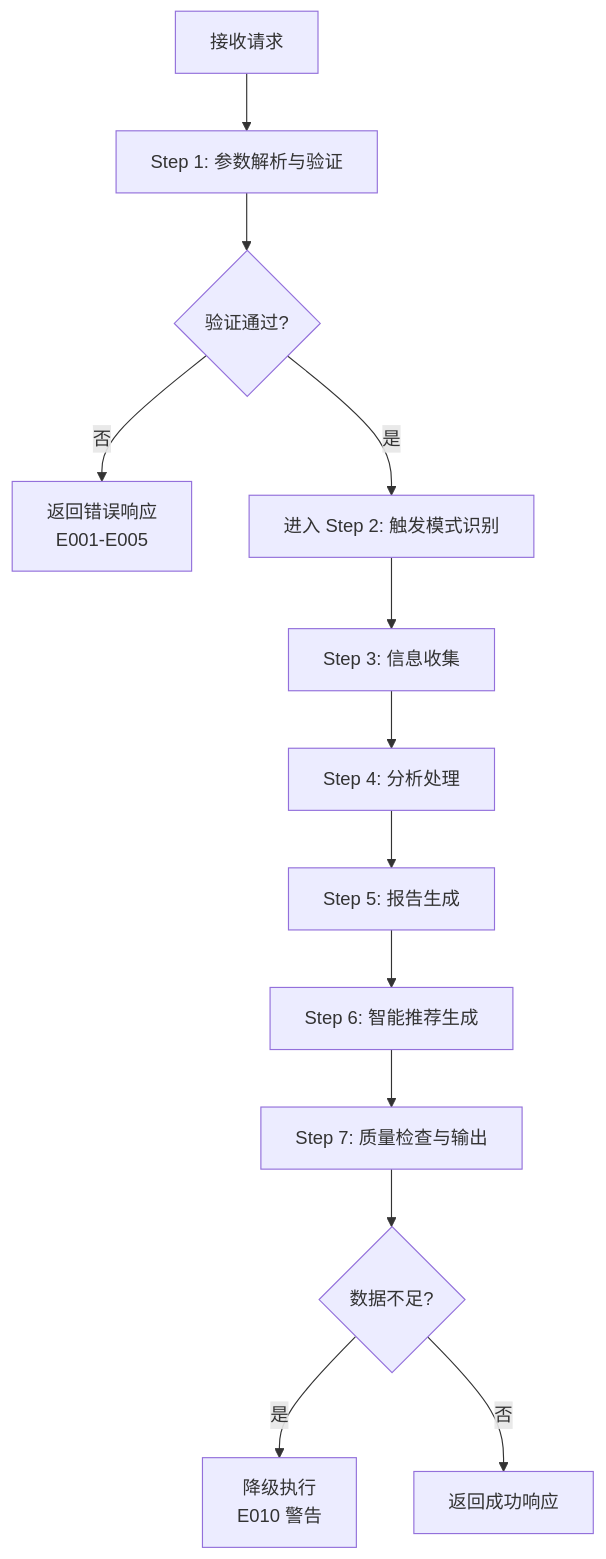
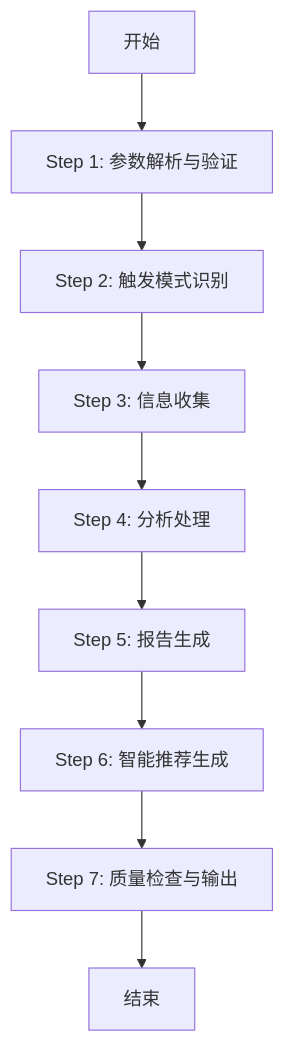
The second of 4 diagrams in .qoder/repowiki/zh/content/快速开始.md (daoAgents/task-execution-summary), drawn with Mermaid before and after one commit. The commit also changed other lines of this file and 33 other files, not shown here.

````diff
--- a/.qoder/repowiki/zh/content/快速开始.md
+++ b/.qoder/repowiki/zh/content/快速开始.md
@@ -82,15 +72,11 @@
 ```mermaid
 flowchart TD
-A["接收请求"] --> B["Step 1: 参数解析与验证"]
-B --> C{"验证通过?"}
-C --> |否| E["返回错误响应<br/>E001-E005"]
-C --> |是| D["进入 Step 2: 触发模式识别"]
-D --> F["Step 3: 信息收集"]
-F --> G["Step 4: 分析处理"]
-G --> H["Step 5: 报告生成"]
-H --> I["Step 6: 智能推荐生成"]
-I --> J["Step 7: 质量检查与输出"]
-J --> K{"数据不足?"}
-K --> |是| L["降级执行<br/>E010 警告"]
-K --> |否| M["返回成功响应"]
+S["开始"] --> P1["Step 1: 参数解析与验证"]
+P1 --> P2["Step 2: 触发模式识别"]
+P2 --> P3["Step 3: 信息收集"]
+P3 --> P4["Step 4: 分析处理"]
+P4 --> P5["Step 5: 报告生成"]
+P5 --> P6["Step 6: 智能推荐生成"]
+P6 --> P7["Step 7: 质量检查与输出"]
+P7 --> E["结束"]
 ```
````
